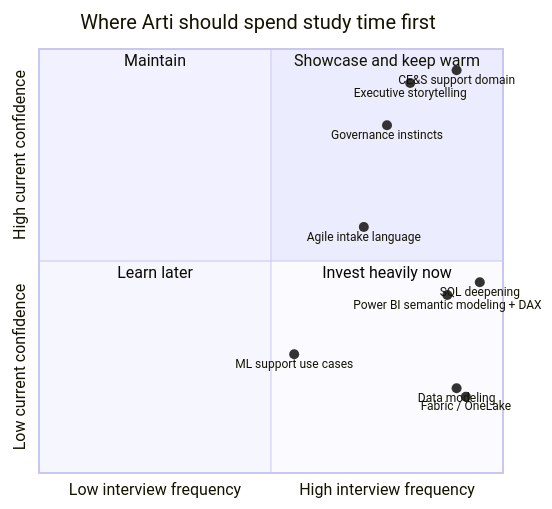
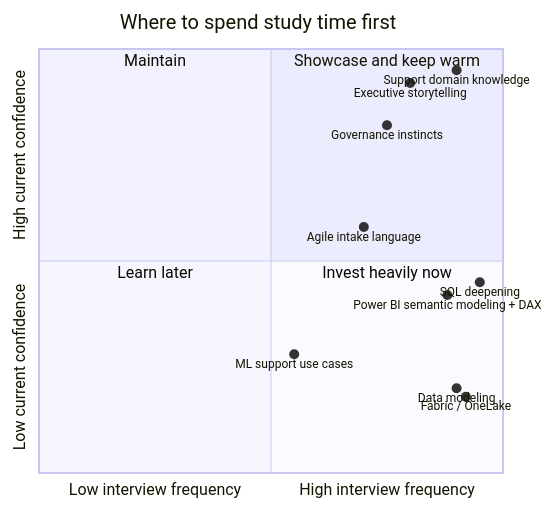
One commit to hichauhan-in/Interview-Prep changed diagram 11 of 15 in BI Data Analyst/prep/Part-01-Role-Org-And-Gap-Map.md. Above: the diagram before and after it, drawn with Mermaid. The commit also changed other lines of this file and 32 other files, not shown here.

````diff
--- a/BI Data Analyst/prep/Part-01-Role-Org-And-Gap-Map.md
+++ b/BI Data Analyst/prep/Part-01-Role-Org-And-Gap-Map.md
@@ -730,19 +730,19 @@
 ```mermaid
 quadrantChart
-    title Where Arti should spend study time first
+    title Where to spend study time first
     x-axis Low interview frequency --> High interview frequency
     y-axis Low current confidence --> High current confidence
     quadrant-1 Showcase and keep warm
     quadrant-2 Maintain
     quadrant-3 Learn later
     quadrant-4 Invest heavily now
-    "CE&S support domain": [0.9, 0.95]
+    "Support domain knowledge": [0.9, 0.95]
     "Executive storytelling": [0.8, 0.92]
     "Governance instincts": [0.75, 0.82]
     "SQL deepening": [0.95, 0.45]
     "Data modeling": [0.9, 0.2]
     "Fabric / OneLake": [0.92, 0.18]
     "Power BI semantic modeling + DAX": [0.88, 0.42]
     "Agile intake language": [0.7, 0.58]
     "ML support use cases": [0.55, 0.28]
 ```
````
